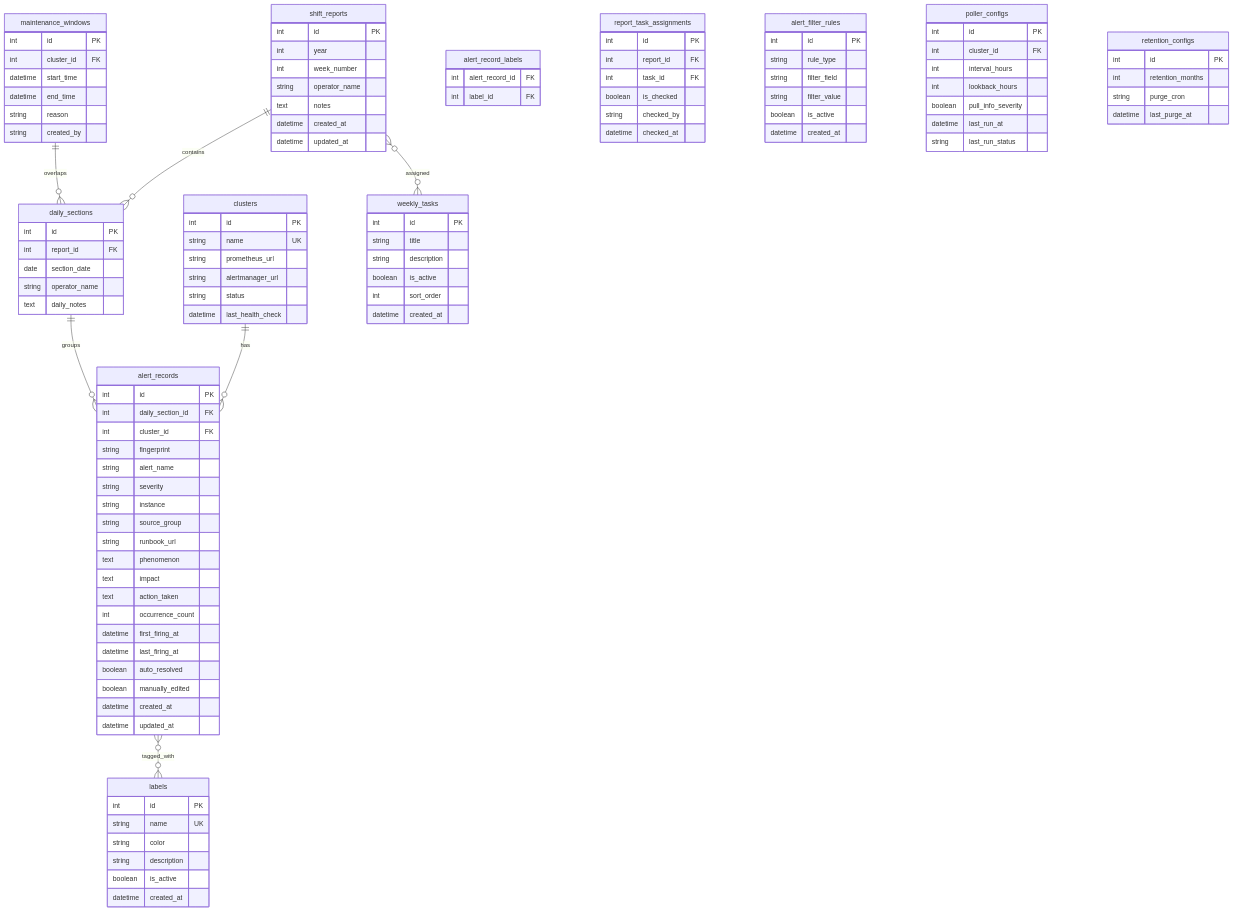
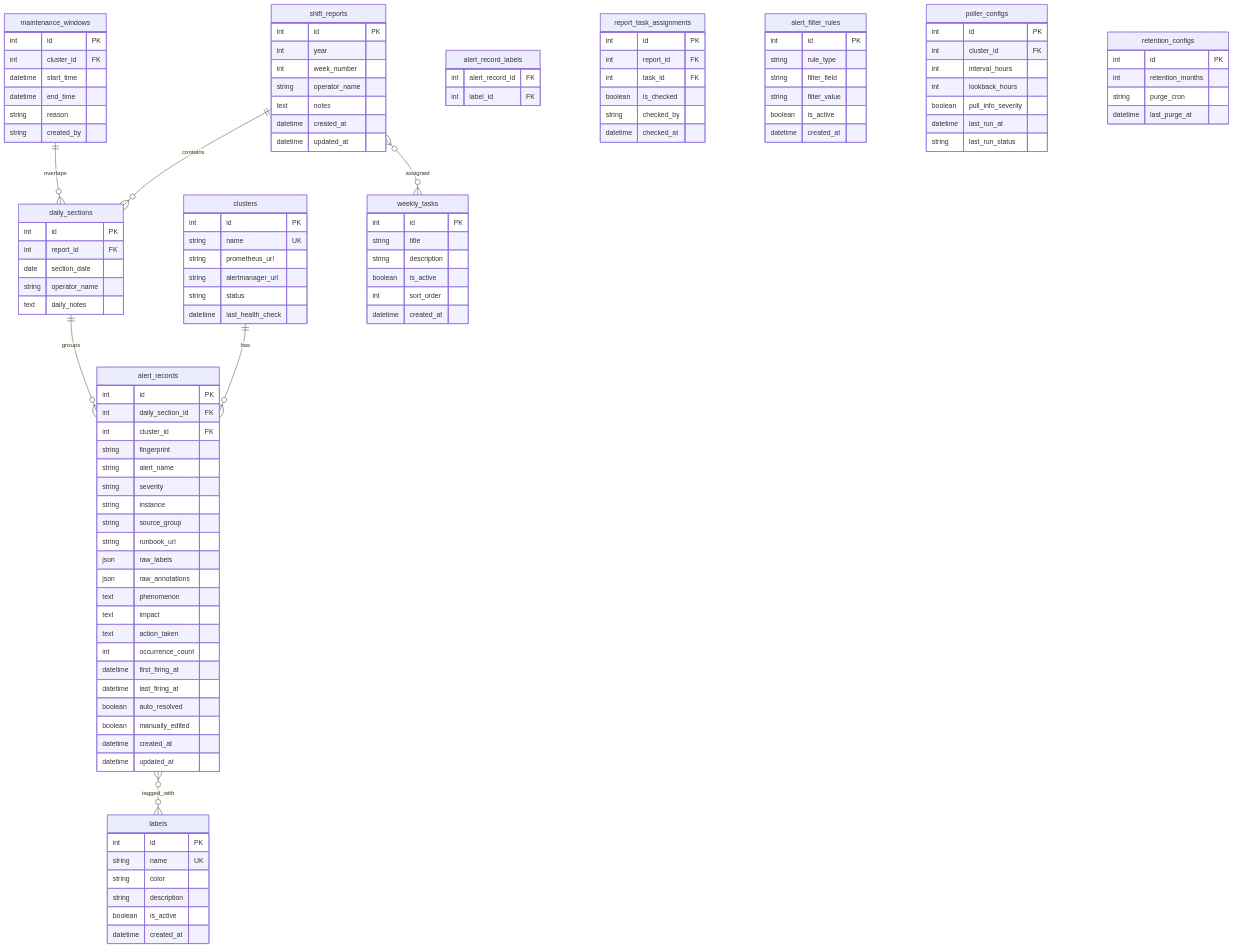
Before and after one commit to vencil/SRE-ALERT-TRACKER: the third of 4 diagrams in docs/architecture-design.md, drawn with Mermaid. The commit also changed other lines of this file and 22 other files, not shown here.

First line of the commit message:
feat: timezone support, markdown export, raw labels/annotations, annotation auto-mapping

```diff
--- a/docs/architecture-design.md
+++ b/docs/architecture-design.md
@@ -135,6 +144,8 @@
         string instance
         string source_group
         string runbook_url
+        json raw_labels
+        json raw_annotations
         text phenomenon
         text impact
         text action_taken
```
